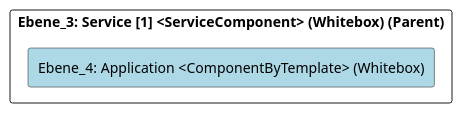
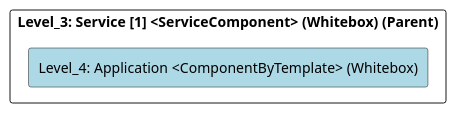
The diagram in src/cleon.architecturemethods.arc42.sample/doc/cleon_architecturemethods_arc42_sample_software_microservice/adoc/en/05_building_block_view/microservicesample/servicelayer/service_1/application/level_4_application.adoc (marcozwyssig/cleon), drawn with PlantUML before and after one commit. The commit also changed other lines of this file and 169 other files, not shown here.

```diff
--- a/src/cleon.architecturemethods.arc42.sample/doc/cleon_architecturemethods_arc42_sample_software_microservice/adoc/en/05_building_block_view/microservicesample/servicelayer/service_1/application/level_4_application.adoc
+++ b/src/cleon.architecturemethods.arc42.sample/doc/cleon_architecturemethods_arc42_sample_software_microservice/adoc/en/05_building_block_view/microservicesample/servicelayer/service_1/application/level_4_application.adoc
@@ -20,24 +20,24 @@
-[plantuml, Ebene_4: Application <ComponentByTemplate> (Whitebox)BlockOverview, format="svg"]
+[plantuml, Level_4: Application <ComponentByTemplate> (Whitebox)BlockOverview, format="svg"]
 ----
-@startuml Ebene_4: Application <ComponentByTemplate> (Whitebox)BuildingBlockOverview
+@startuml Level_4: Application <ComponentByTemplate> (Whitebox)BuildingBlockOverview
 
 skinparam ranksep 10
 skinparam componentStyle rectangle
 skinparam shadowing false
 skinparam arrowColor lightblue
 skinparam arrowThickness 1.2
 skinparam rectangle {
   BackgroundColor White
   BorderColor #333
   RoundCorner 10
 }
 top to bottom direction
 
-component "Ebene_3: Service [1] <ServiceComponent> (Whitebox) (Parent)" {
-    component "Ebene_4: Application <ComponentByTemplate> (Whitebox)" #lightblue {
+component "Level_3: Service [1] <ServiceComponent> (Whitebox) (Parent)" {
+    component "Level_4: Application <ComponentByTemplate> (Whitebox)" #lightblue {
     }
 
 }
 
 @enduml
 ----
```
